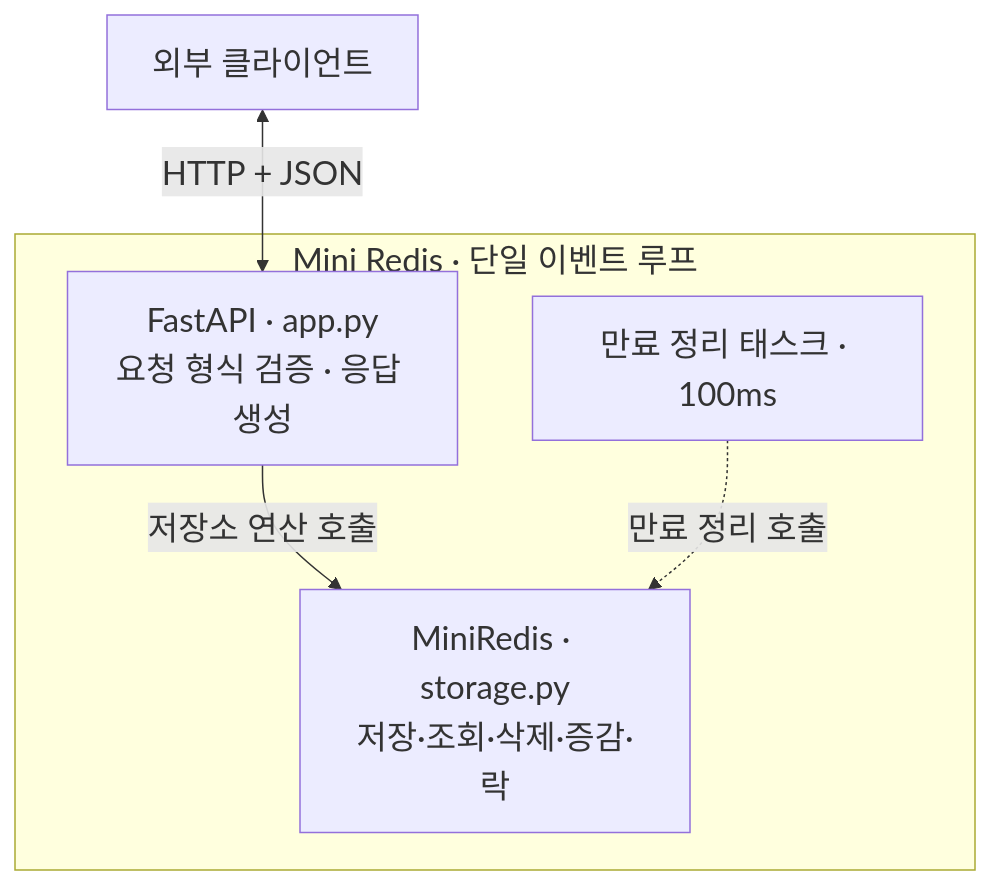
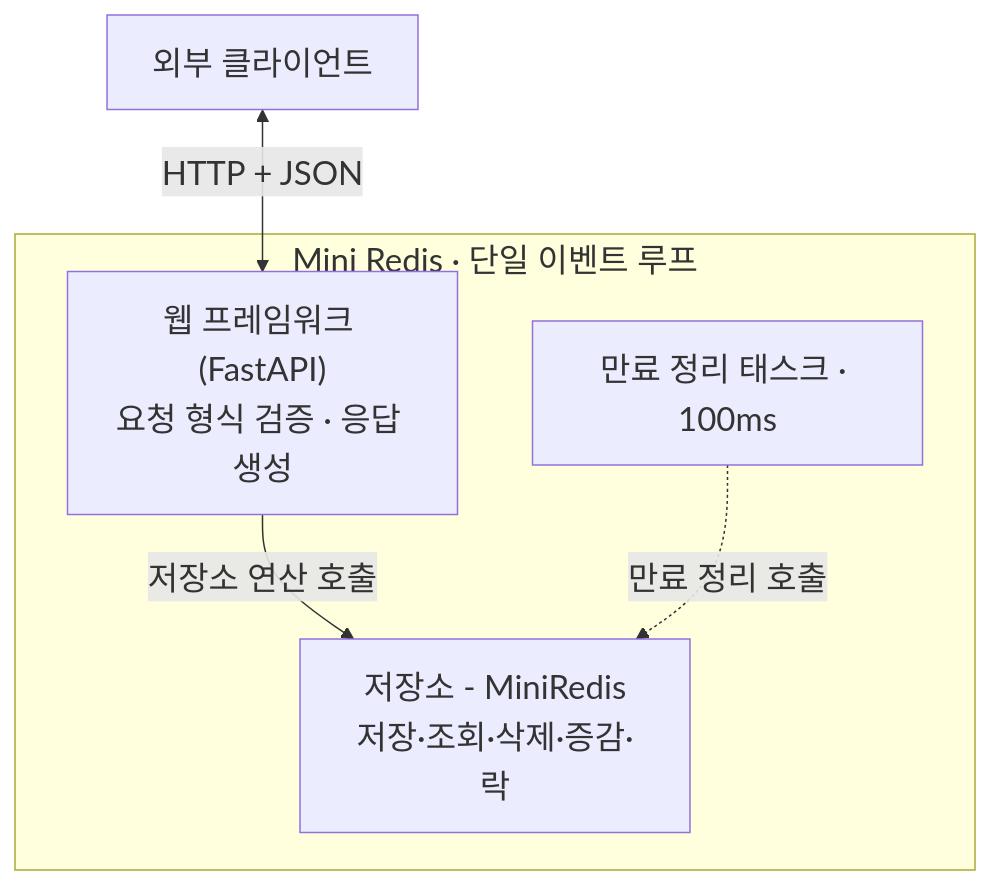
Before and after one commit to bennjung/jungle-mini-redis-week11: the diagram in readme.md, drawn with Mermaid. The commit also changed other lines of this file and 1 other file, not shown here.

First line of the commit message:
docs: 날씨 데모 시스템 구조도 추가 및 README 아키텍처·시나리오 설명 정리

````diff
--- a/readme.md
+++ b/readme.md
@@ -22,16 +21,16 @@
 ```mermaid
 %%{init: {"themeVariables": {"fontSize": "22px"}}}%%
 flowchart TB
     Client["외부 클라이언트"]
 
     subgraph Server["Mini Redis · 단일 이벤트 루프"]
-        API["FastAPI · app.py<br/>요청 형식 검증 · 응답 생성"]
+        API["웹 프레임워크 (FastAPI)<br/>요청 형식 검증 · 응답 생성"]
         Timer["만료 정리 태스크 · 100ms"]
-        Core["MiniRedis · storage.py<br/>저장·조회·삭제·증감·락"]
+        Core["저장소 - MiniRedis<br/>저장·조회·삭제·증감·락"]
 
         API -->|"저장소 연산 호출"| Core
         Timer -.->|"만료 정리 호출"| Core
     end
 
     Client <-->|"HTTP + JSON"| API
 ```
````
